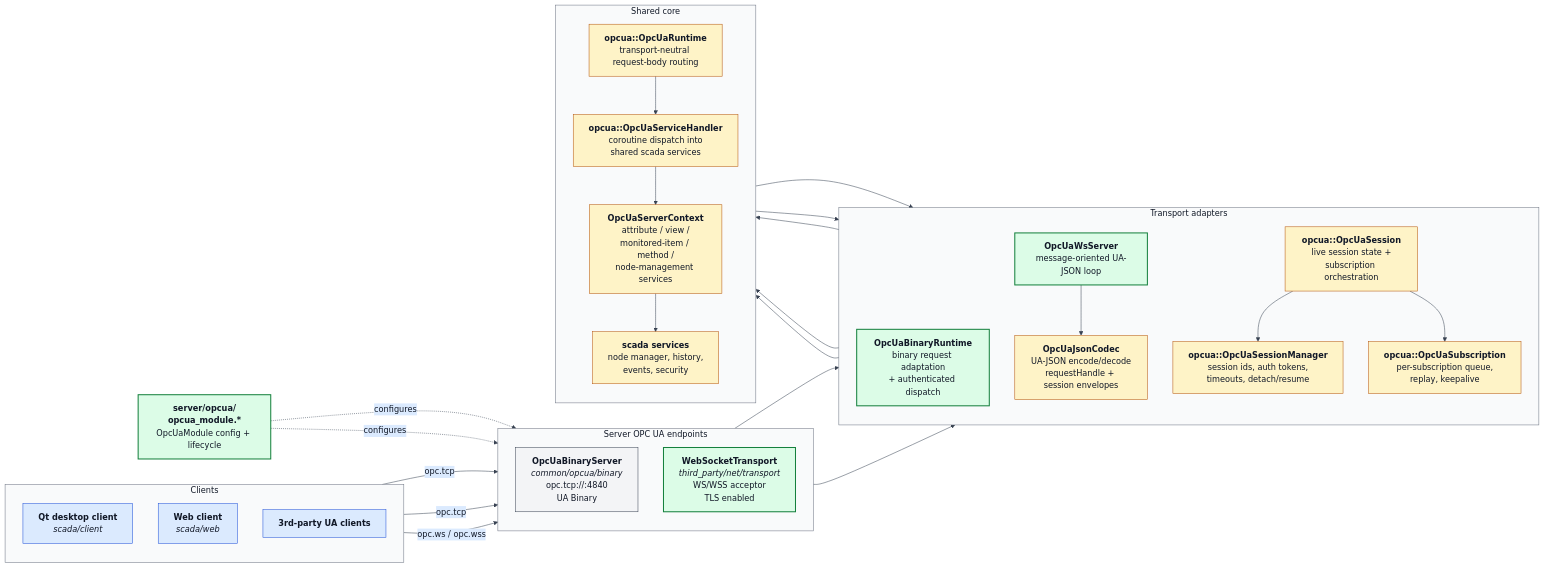
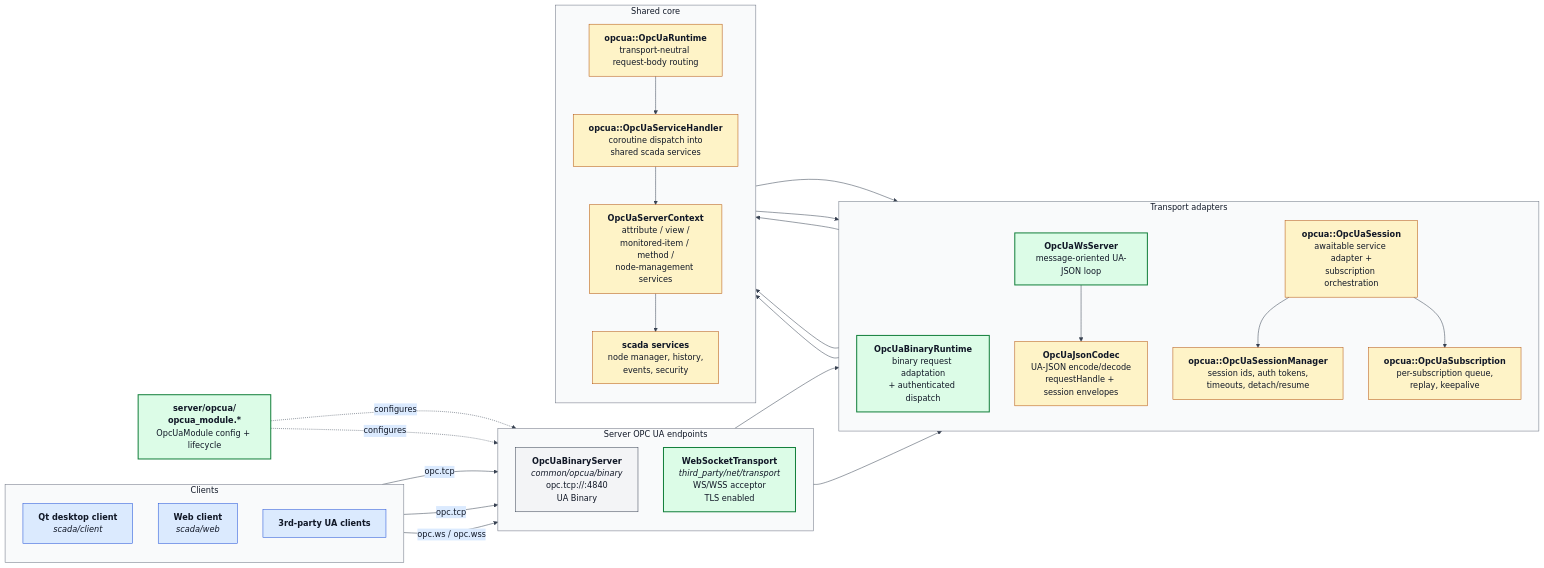
The diagram in docs/diagrams/opcua_architecture.mmd (alexsmn/scada-common), drawn with Mermaid before and after one commit. The commit also changed 5 other files, not shown here.

Commit message:
Migrate OpcUaSession to awaitable services

```diff
--- a/docs/diagrams/opcua_architecture.mmd
+++ b/docs/diagrams/opcua_architecture.mmd
@@ -1,86 +1,86 @@
 %%{init: {
   'theme': 'base',
   'themeVariables': {
     'background': '#ffffff',
     'primaryColor': '#f3f4f6',
     'primaryBorderColor': '#374151',
     'primaryTextColor': '#111827',
     'secondaryColor': '#dbeafe',
     'secondaryBorderColor': '#1d4ed8',
     'secondaryTextColor': '#111827',
     'tertiaryColor': '#fef3c7',
     'tertiaryBorderColor': '#b45309',
     'tertiaryTextColor': '#111827',
     'lineColor': '#374151',
     'defaultLinkColor': '#374151',
     'clusterBkg': '#f9fafb',
     'clusterBorder': '#6b7280',
     'titleColor': '#111827'
   },
   'flowchart': {'htmlLabels': true}
 }}%%
 flowchart LR
     subgraph Clients["Clients"]
         direction TB
         QT["<b>Qt desktop client</b><br/><i>scada/client</i>"]
         WEB["<b>Web client</b><br/><i>scada/web</i>"]
         NATIVE["<b>3rd-party UA clients</b>"]
     end
 
     subgraph Endpoints["Server OPC UA endpoints"]
         direction TB
         TCP["<b>OpcUaBinaryServer</b><br/><i>common/opcua/binary</i><br/>opc.tcp://:4840<br/>UA Binary"]
         WSSOCK["<b>WebSocketTransport</b><br/><i>third_party/net/transport</i><br/>WS/WSS acceptor<br/>TLS enabled"]
     end
 
     subgraph Adapters["Transport adapters"]
         direction TB
         BINARY["<b>OpcUaBinaryRuntime</b><br/>binary request adaptation<br/>+ authenticated dispatch"]
         WS["<b>OpcUaWsServer</b><br/>message-oriented UA-JSON loop"]
-        SESS["<b>opcua::OpcUaSession</b><br/>live session state +<br/>subscription orchestration"]
+        SESS["<b>opcua::OpcUaSession</b><br/>awaitable service adapter +<br/>subscription orchestration"]
         SMGR["<b>opcua::OpcUaSessionManager</b><br/>session ids, auth tokens,<br/>timeouts, detach/resume"]
         SUB["<b>opcua::OpcUaSubscription</b><br/>per-subscription queue,<br/>replay, keepalive"]
         CODEC["<b>OpcUaJsonCodec</b><br/>UA-JSON encode/decode<br/>requestHandle + session envelopes"]
     end
 
     subgraph Core["Shared core"]
         direction TB
         RT["<b>opcua::OpcUaRuntime</b><br/>transport-neutral request-body routing"]
         HANDLER["<b>opcua::OpcUaServiceHandler</b><br/>coroutine dispatch into<br/>shared scada services"]
         CTX["<b>OpcUaServerContext</b><br/>attribute / view /<br/>monitored-item / method /<br/>node-management services"]
         SVC["<b>scada services</b><br/>node manager, history,<br/>events, security"]
     end
 
     MOD["<b>server/opcua/<br/>opcua_module.*</b><br/>OpcUaModule config + lifecycle"]
 
     QT -->|opc.tcp| TCP
     NATIVE -->|opc.tcp| TCP
     WEB -->|opc.ws / opc.wss| WSSOCK
 
     WSSOCK --> WS
     WS --> CODEC
     WS --> RT
     TCP --> BINARY
     BINARY --> RT
     RT --> SESS
     RT --> SMGR
     RT --> HANDLER
     SESS --> SMGR
     SESS --> SUB
     HANDLER --> CTX
     SMGR --> CTX
 
     CTX --> SVC
 
     MOD -.configures.-> TCP
     MOD -.configures.-> WSSOCK
 
     classDef clientStyle fill:#dbeafe,stroke:#1d4ed8,color:#111827
     classDef newModule fill:#dcfce7,stroke:#15803d,color:#111827,stroke-width:2px
     classDef existing fill:#f3f4f6,stroke:#374151,color:#111827
     classDef core fill:#fef3c7,stroke:#b45309,color:#111827
     class QT,WEB,NATIVE clientStyle
     class WSSOCK,WS,BINARY,MOD newModule
     class TCP existing
     class SESS,SMGR,SUB,CODEC core
     class RT,HANDLER,CTX,SVC core
```
